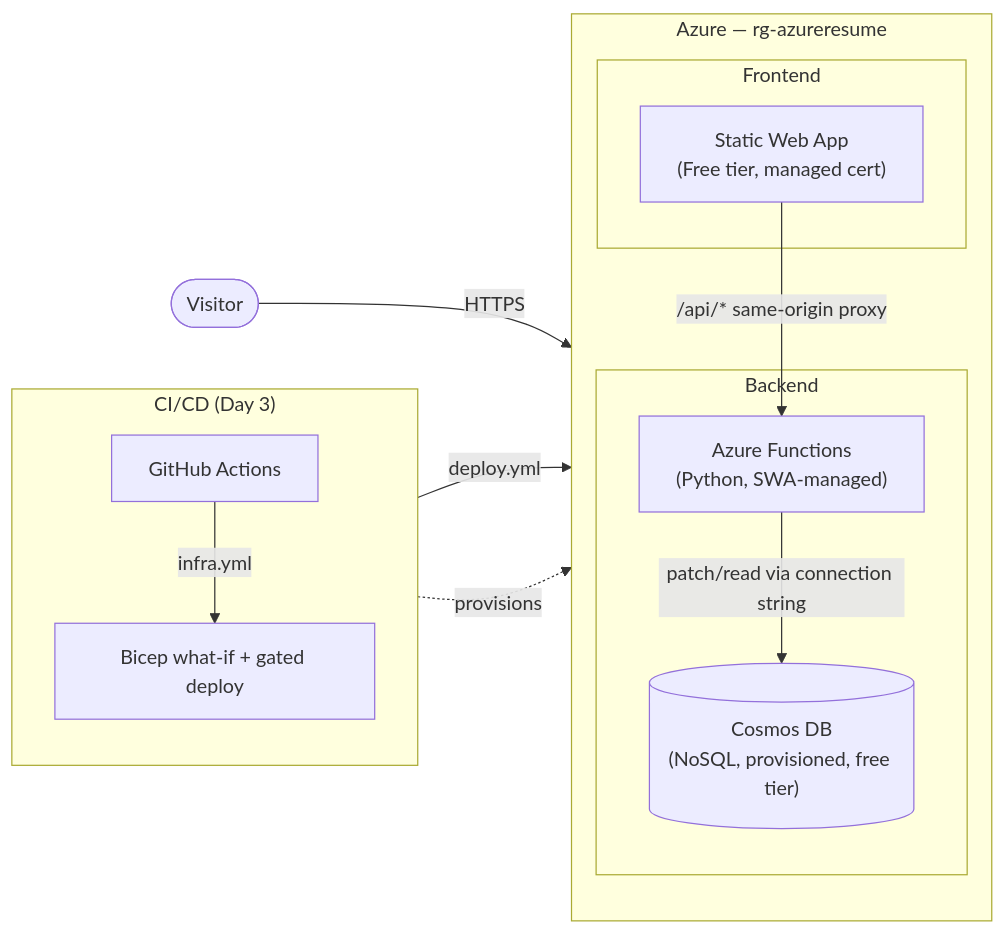
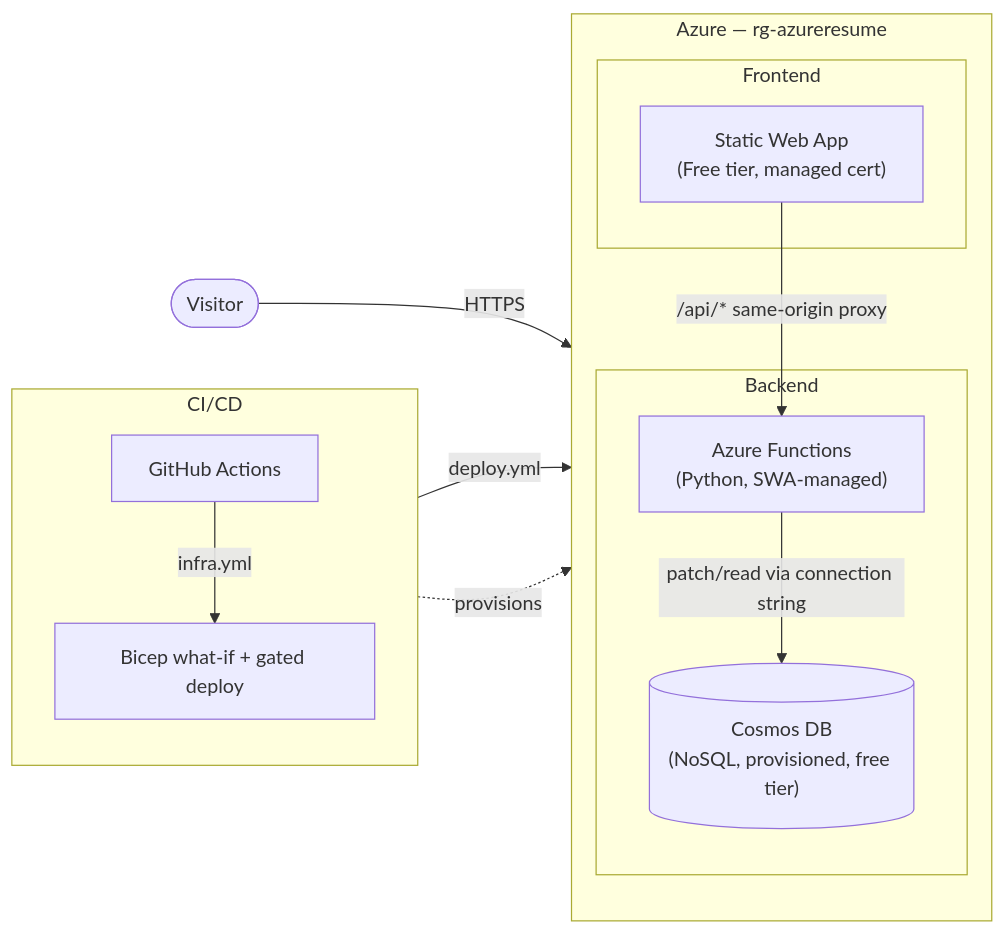
The diagram in README.md (Josperdo/AzureResume), drawn with Mermaid before and after one commit.

Commit message:
Remove day-of-build attribution from architecture diagram

````diff
--- a/README.md
+++ b/README.md
@@ -20,27 +20,27 @@
 ```mermaid
 flowchart LR
     User(["Visitor"]) -->|HTTPS| SWA
 
     subgraph Azure["Azure — rg-azureresume"]
         direction TB
         subgraph Frontend["Frontend"]
             SWA["Static Web App<br/>(Free tier, managed cert)"]
         end
         subgraph Backend["Backend"]
             Func["Azure Functions<br/>(Python, SWA-managed)"]
             Cosmos[("Cosmos DB<br/>(NoSQL, provisioned, free tier)")]
             Func -->|"patch/read via connection string"| Cosmos
         end
         SWA -->|"/api/* same-origin proxy"| Func
     end
 
-    subgraph CICD["CI/CD (Day 3)"]
+    subgraph CICD["CI/CD"]
         direction TB
         GHA["GitHub Actions"]
         WhatIf["Bicep what-if + gated deploy"]
         GHA -->|"deploy.yml"| SWA
         GHA -->|"infra.yml"| WhatIf
     end
 
     WhatIf -.->|provisions| Azure
 ```
````
